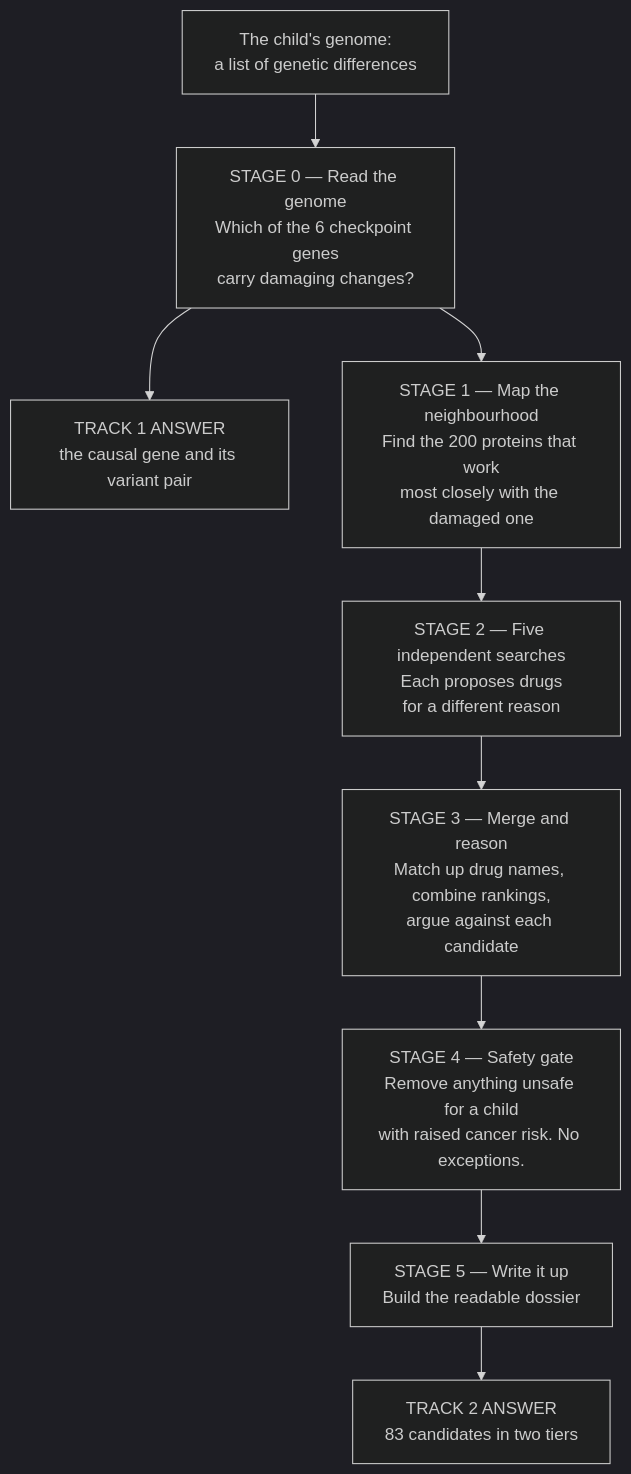
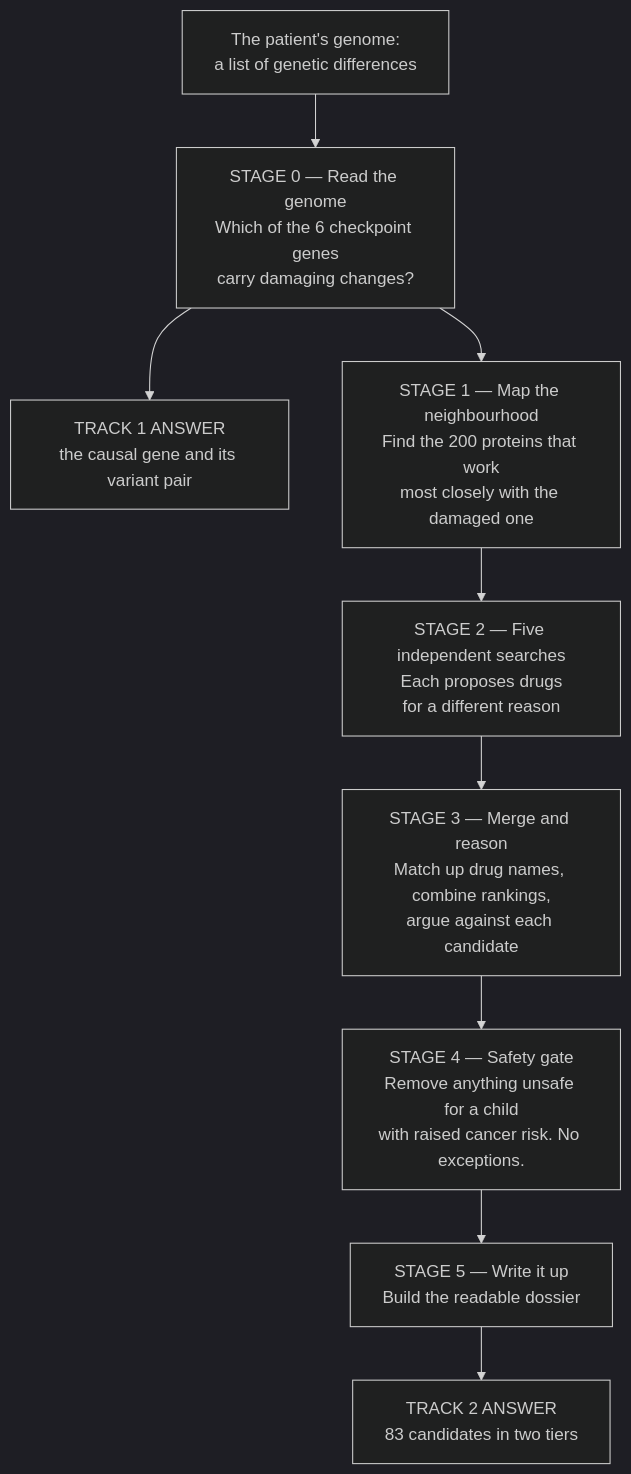
One commit to KFlowerz/HKTN_RareDisease_MVA changed the first of 2 diagrams in docs/how_it_works.md. Above: the diagram before and after it, drawn with Mermaid (dark theme). The commit also changed other lines of this file and 2 other files, not shown here.

First line of the commit message:
Give Track 1 the same shape as Track 2, and say "patient" once the age is stated

````diff
--- a/docs/how_it_works.md
+++ b/docs/how_it_works.md
@@ -73,23 +73,23 @@
 ```mermaid
 flowchart TD
-    VCF["The child's genome:<br/>a list of genetic differences"] --> L0
+    VCF["The patient's genome:<br/>a list of genetic differences"] --> L0
 
     L0["STAGE 0 — Read the genome<br/>Which of the 6 checkpoint genes<br/>carry damaging changes?"]
     L0 --> T1["TRACK 1 ANSWER<br/>the causal gene and its variant pair"]
     L0 --> L1
 
     L1["STAGE 1 — Map the neighbourhood<br/>Find the 200 proteins that work<br/>most closely with the damaged one"]
     L1 --> L2
 
     L2["STAGE 2 — Five independent searches<br/>Each proposes drugs<br/>for a different reason"]
     L2 --> L3
 
     L3["STAGE 3 — Merge and reason<br/>Match up drug names, combine rankings,<br/>argue against each candidate"]
     L3 --> L4
 
     L4["STAGE 4 — Safety gate<br/>Remove anything unsafe for a child<br/>with raised cancer risk. No exceptions."]
     L4 --> L5
 
     L5["STAGE 5 — Write it up<br/>Build the readable dossier"]
     L5 --> T2["TRACK 2 ANSWER<br/>83 candidates in two tiers"]
 ```
````
